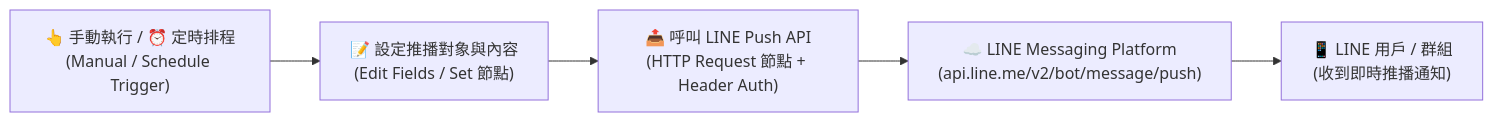
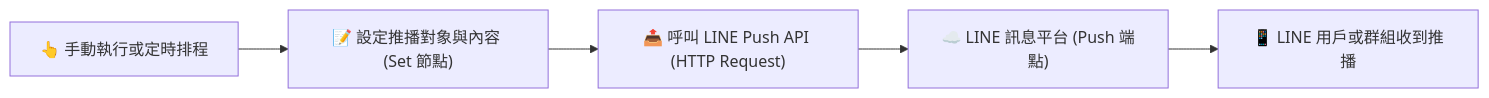
The diagram in 通訊軟體整合/LINE/n8n呼叫LINE發送訊息/README.md (roberthsu2003/n8n), drawn with Mermaid before and after one commit. The commit also changed 2 other files, not shown here.

````diff
--- a/通訊軟體整合/LINE/n8n呼叫LINE發送訊息/README.md
+++ b/通訊軟體整合/LINE/n8n呼叫LINE發送訊息/README.md
@@ -12,7 +12,7 @@
 ```mermaid
 flowchart LR
-    A["👆 手動執行 / ⏰ 定時排程\n(Manual / Schedule Trigger)"] --> B["📝 設定推播對象與內容\n(Edit Fields / Set 節點)"]
-    B --> C["📤 呼叫 LINE Push API\n(HTTP Request 節點 + Header Auth)"]
-    C --> D["☁️ LINE Messaging Platform\n(api.line.me/v2/bot/message/push)"]
-    D --> E["📱 LINE 用戶 / 群組\n(收到即時推播通知)"]
+    A["👆 手動執行或定時排程"] --> B["📝 設定推播對象與內容 (Set 節點)"]
+    B --> C["📤 呼叫 LINE Push API (HTTP Request)"]
+    C --> D["☁️ LINE 訊息平台 (Push 端點)"]
+    D --> E["📱 LINE 用戶或群組收到推播"]
 ```
````
